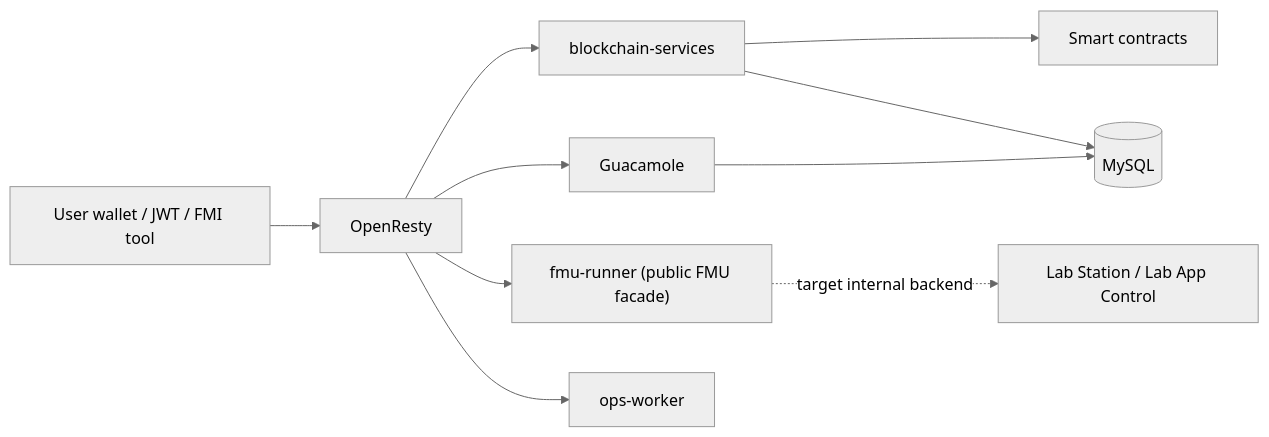
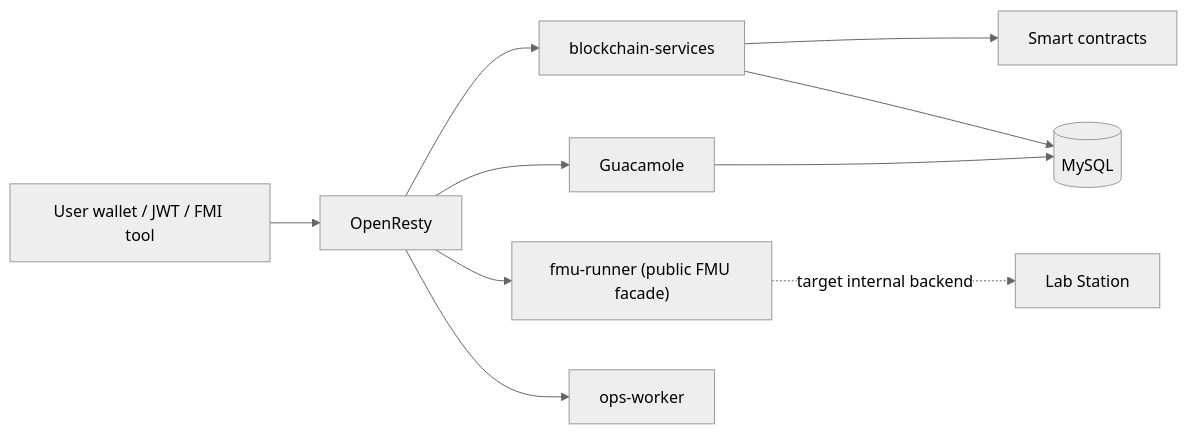
One commit to DecentraLabsCom/Lab-Gateway changed the first of 2 diagrams in README.md. Above: the diagram before and after it, drawn with Mermaid (neutral theme). The commit also changed other lines of this file and 3 other files, not shown here.

Commit message:
Updates to "Lab Station" name

````diff
--- a/README.md
+++ b/README.md
@@ -16,22 +16,22 @@
 ```mermaid
 flowchart LR
     User["User wallet / JWT / FMI tool"]
     OpenResty["OpenResty"]
     Blockchain["blockchain-services"]
     Guacamole["Guacamole"]
     FmuFacade["fmu-runner (public FMU facade)"]
     Ops["ops-worker"]
     Mysql[("MySQL")]
     Contracts["Smart contracts"]
-    Station["Lab Station / Lab App Control"]
+    Station["Lab Station"]
 
     User --> OpenResty
     OpenResty --> Blockchain
     OpenResty --> Guacamole
     OpenResty --> FmuFacade
     OpenResty --> Ops
     Blockchain --> Contracts
     Blockchain --> Mysql
     Guacamole --> Mysql
     FmuFacade -. target internal backend .-> Station
 ```
````
